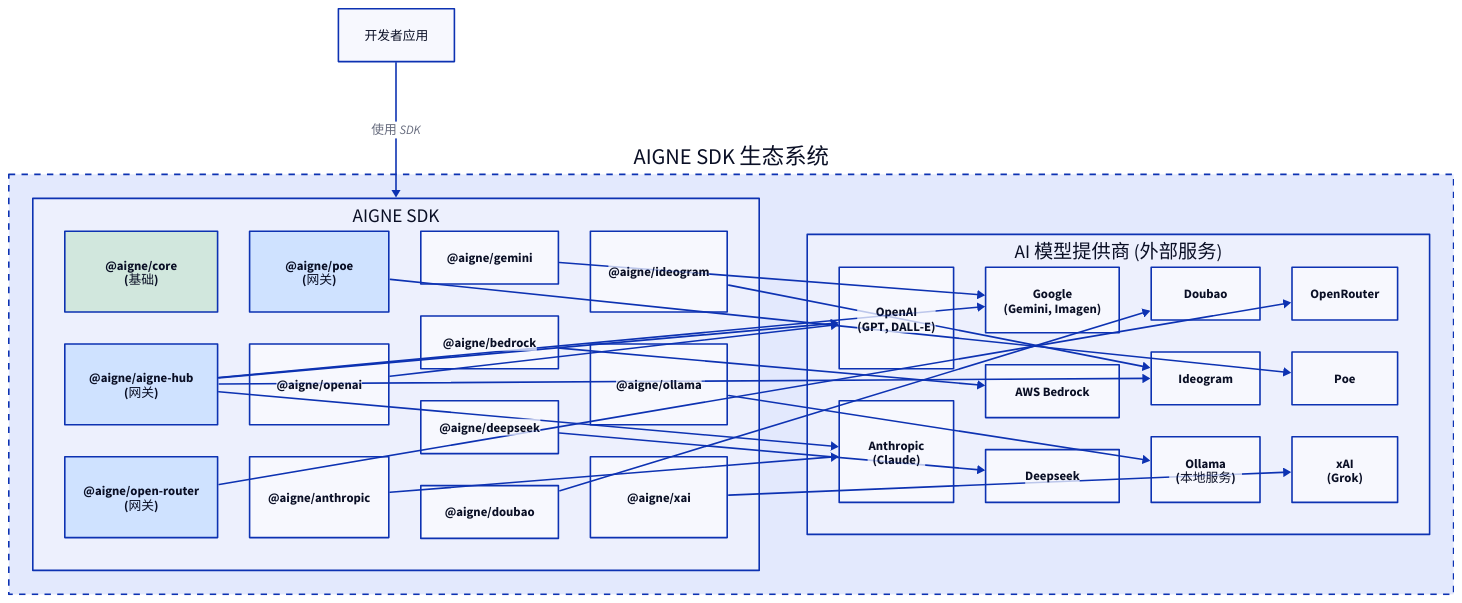
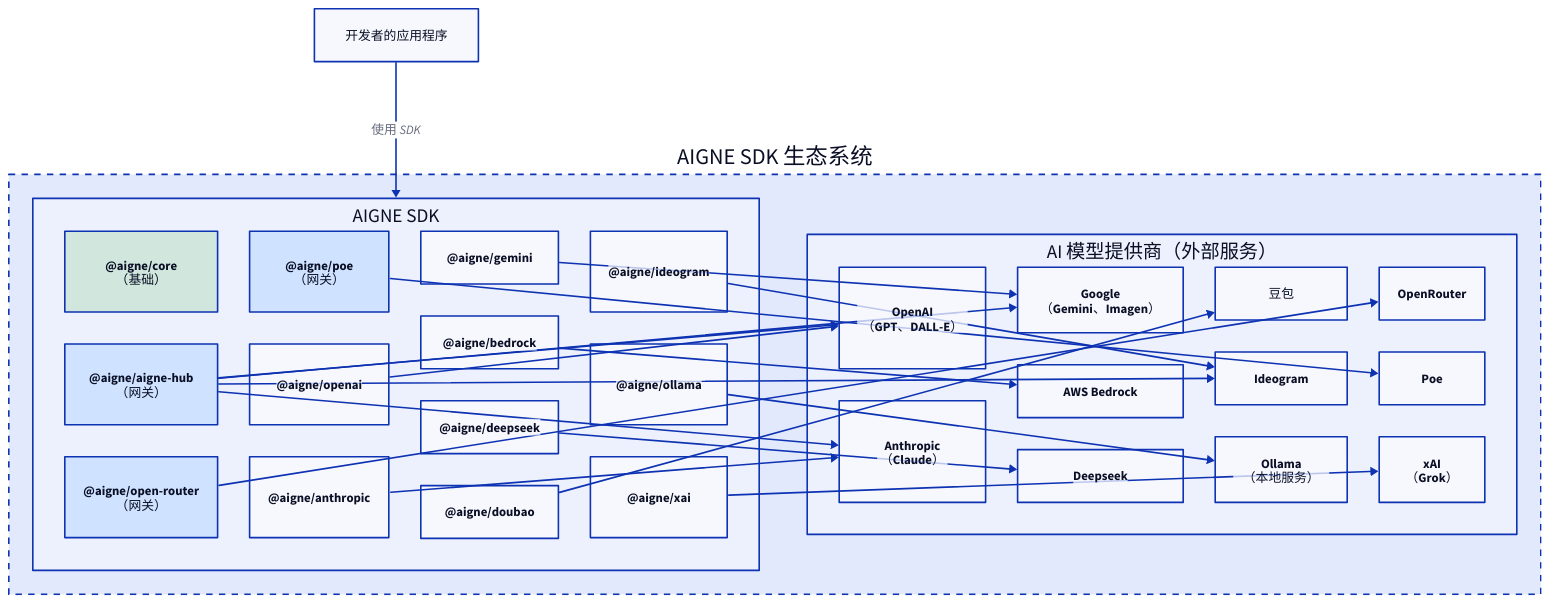
The diagram in .aigne/doc-smith/docs/models.zh.md (AIGNE-io/aigne-framework), drawn with D2 before and after one commit. The commit also changed other lines of this file and 141 other files, not shown here.

```diff
--- a/.aigne/doc-smith/docs/models.zh.md
+++ b/.aigne/doc-smith/docs/models.zh.md
@@ -10,7 +10,7 @@
 direction: down
 
 Developer-Application: {
-  label: "开发者应用"
+  label: "开发者的应用程序"
   shape: rectangle
 }
 
@@ -29,20 +29,20 @@
     grid-gap: 40
 
     aigne-core: {
-      label: "@aigne/core\n(基础)"
+      label: "@aigne/core\n（基础）"
       style.fill: "#d1e7dd"
     }
 
     aigne-hub: {
-      label: "@aigne/aigne-hub\n(网关)"
+      label: "@aigne/aigne-hub\n（网关）"
       style.fill: "#cfe2ff"
     }
     aigne-open-router: {
-      label: "@aigne/open-router\n(网关)"
+      label: "@aigne/open-router\n（网关）"
       style.fill: "#cfe2ff"
     }
     aigne-poe: {
-      label: "@aigne/poe\n(网关)"
+      label: "@aigne/poe\n（网关）"
       style.fill: "#cfe2ff"
     }
 
@@ -58,22 +58,22 @@
   }
 
   AI-Model-Providers: {
-    label: "AI 模型提供商 (外部服务)"
+    label: "AI 模型提供商（外部服务）"
     shape: rectangle
     grid-columns: 4
     grid-gap: 40
 
-    OpenAI: { label: "OpenAI\n(GPT, DALL-E)" }
-    Anthropic: { label: "Anthropic\n(Claude)" }
-    Google: { label: "Google\n(Gemini, Imagen)" }
+    OpenAI: { label: "OpenAI\n（GPT、DALL-E）" }
+    Anthropic: { label: "Anthropic\n（Claude）" }
+    Google: { label: "Google\n（Gemini、Imagen）" }
     AWS-Bedrock: { label: "AWS Bedrock" }
     Deepseek: { label: "Deepseek" }
-    Doubao: { label: "Doubao" }
+    Doubao: { label: "豆包" }
     Ideogram: { label: "Ideogram" }
-    Ollama: { label: "Ollama\n(本地服务)" }
+    Ollama: { label: "Ollama\n（本地服务）" }
     OpenRouter: { label: "OpenRouter" }
     Poe: { label: "Poe" }
-    xAI: { label: "xAI\n(Grok)" }
+    xAI: { label: "xAI\n（Grok）" }
   }
 }
 
```
